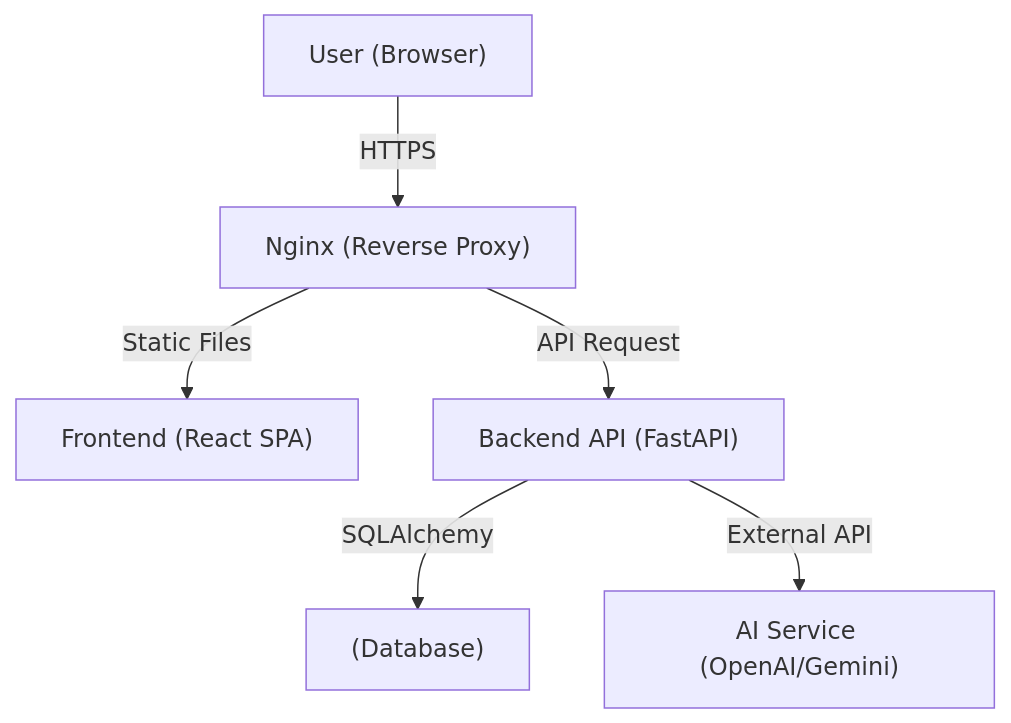
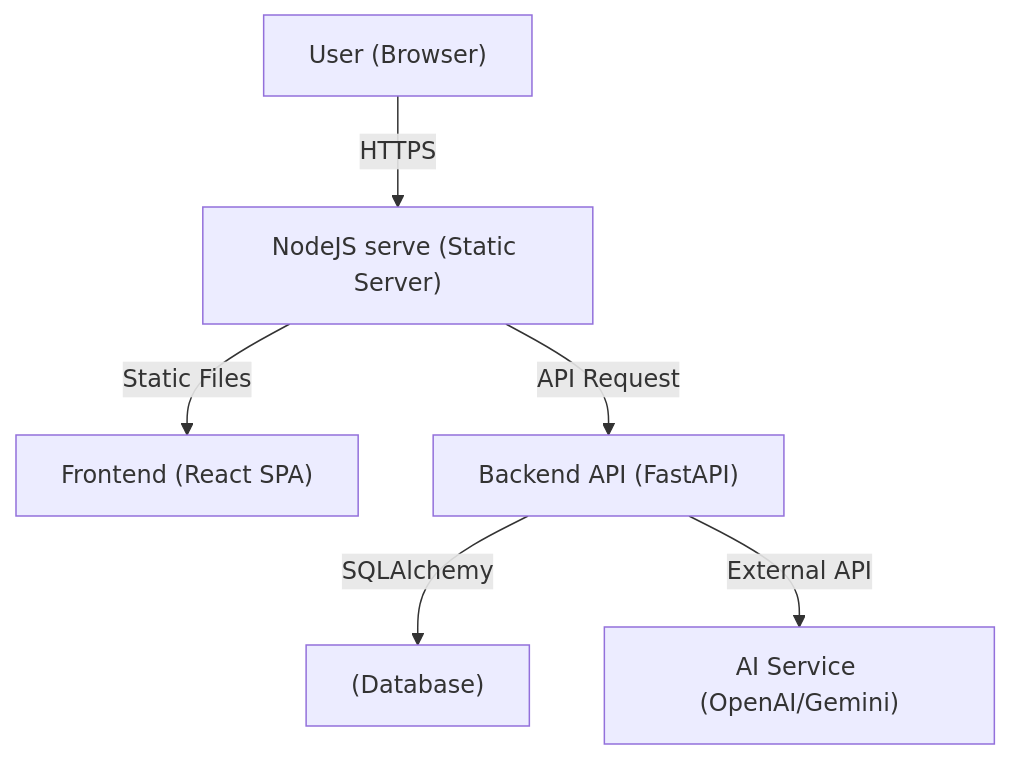
One commit to himchannnn/context_hunter changed the first of 2 diagrams in guide/HLD.md. Above: the diagram before and after it, drawn with Mermaid. The commit also changed other lines of this file and 1 other file, not shown here.

````diff
--- a/guide/HLD.md
+++ b/guide/HLD.md
@@ -35,15 +35,15 @@
 ```mermaid
 graph TD
     User["User (Browser)"]
-    LB["Nginx (Reverse Proxy)"]
+    LB["NodeJS serve (Static Server)"]
     FE["Frontend (React SPA)"]
     BE["Backend API (FastAPI)"]
     DB["(Database)"]
     AI["AI Service (OpenAI/Gemini)"]
 
     User -->|HTTPS| LB
     LB -->|Static Files| FE
     LB -->|API Request| BE
     BE -->|SQLAlchemy| DB
     BE -->|External API| AI
 ```
````
